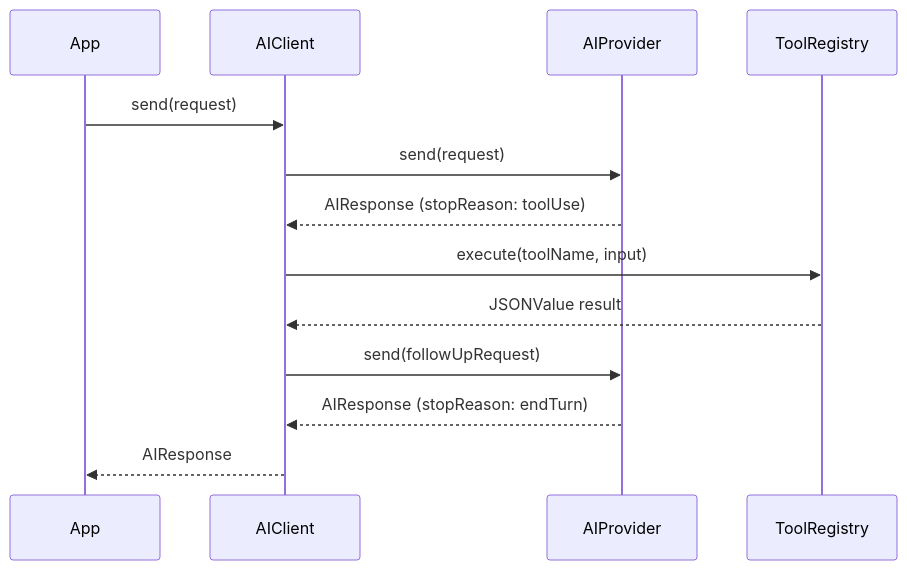
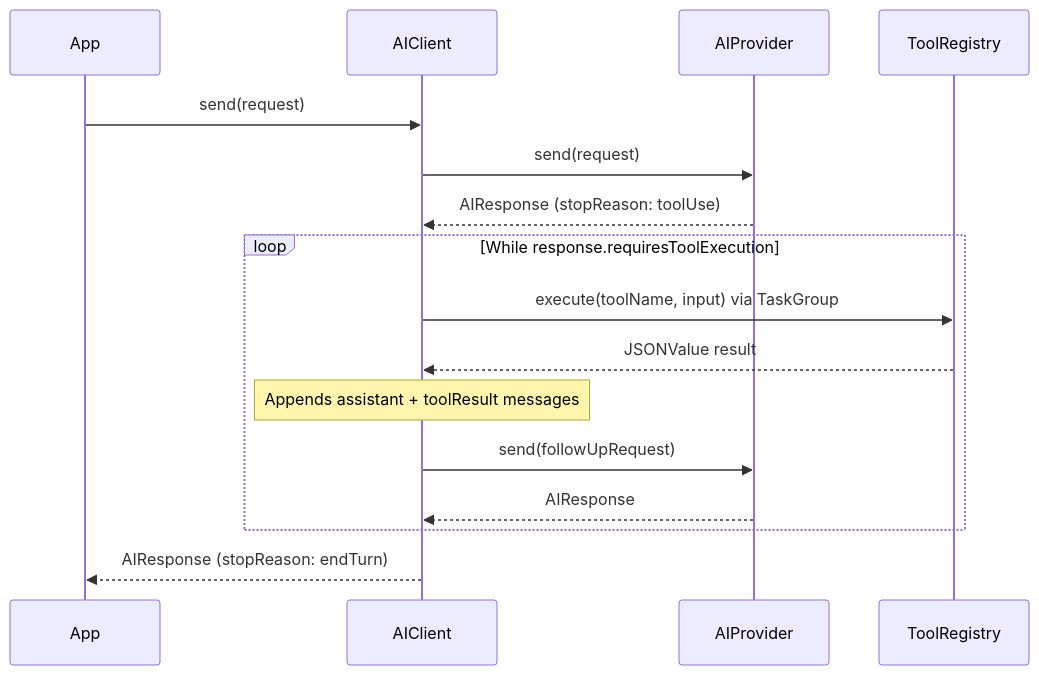
The third of 7 diagrams in Documentation/Architecture.md (molayab/swift-ai-provider-kit), drawn with Mermaid before and after one commit. The commit also changed other lines of this file and 7 other files, not shown here.

````diff
--- a/Documentation/Architecture.md
+++ b/Documentation/Architecture.md
@@ -87,16 +152,21 @@
 ```mermaid
 sequenceDiagram
     participant App
     participant AIClient
     participant Provider as AIProvider
     participant ToolRegistry
 
     App->>AIClient: send(request)
     AIClient->>Provider: send(request)
     Provider-->>AIClient: AIResponse (stopReason: toolUse)
-    AIClient->>ToolRegistry: execute(toolName, input)
-    ToolRegistry-->>AIClient: JSONValue result
-    AIClient->>Provider: send(followUpRequest)
-    Provider-->>AIClient: AIResponse (stopReason: endTurn)
-    AIClient-->>App: AIResponse
+
+    loop While response.requiresToolExecution
+        AIClient->>ToolRegistry: execute(toolName, input) via TaskGroup
+        ToolRegistry-->>AIClient: JSONValue result
+        Note over AIClient: Appends assistant + toolResult messages
+        AIClient->>Provider: send(followUpRequest)
+        Provider-->>AIClient: AIResponse
+    end
+
+    AIClient-->>App: AIResponse (stopReason: endTurn)
 ```
````
